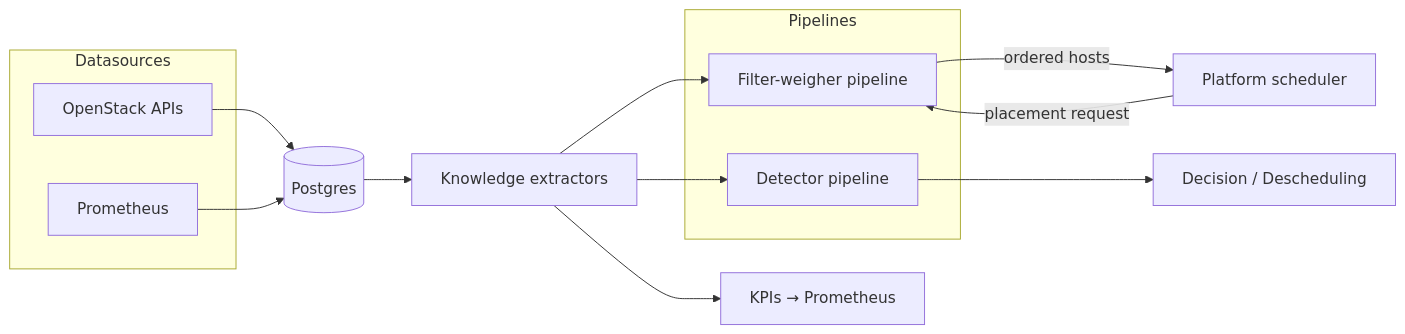
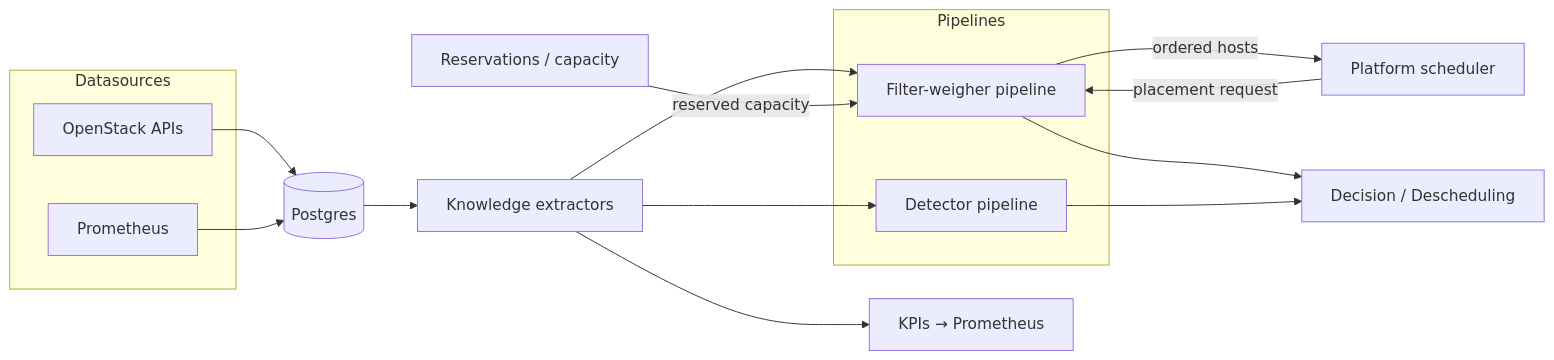
One commit to cobaltcore-dev/cortex changed the diagram in docs/concepts/overview.md. Above: the diagram before and after it, drawn with Mermaid. The commit also changed other lines of this file and 29 other files, not shown here.

````diff
--- a/docs/concepts/overview.md
+++ b/docs/concepts/overview.md
@@ -51,25 +84,28 @@
 ```mermaid
 flowchart LR
     subgraph sources[Datasources]
         OS[OpenStack APIs]
         PM[Prometheus]
     end
     DB[(Postgres)]
     K[Knowledge extractors]
     subgraph pipe[Pipelines]
         FW[Filter-weigher pipeline]
         DET[Detector pipeline]
     end
+    RES[Reservations / capacity]
     DEC[Decision / Descheduling]
     PLAT[Platform scheduler]
 
     OS --> DB
     PM --> DB
     DB --> K
     K --> FW
     K --> DET
+    RES -->|reserved capacity| FW
     PLAT -->|placement request| FW
     FW -->|ordered hosts| PLAT
+    FW --> DEC
     DET --> DEC
     K --> KPI[KPIs → Prometheus]
 ```
````
